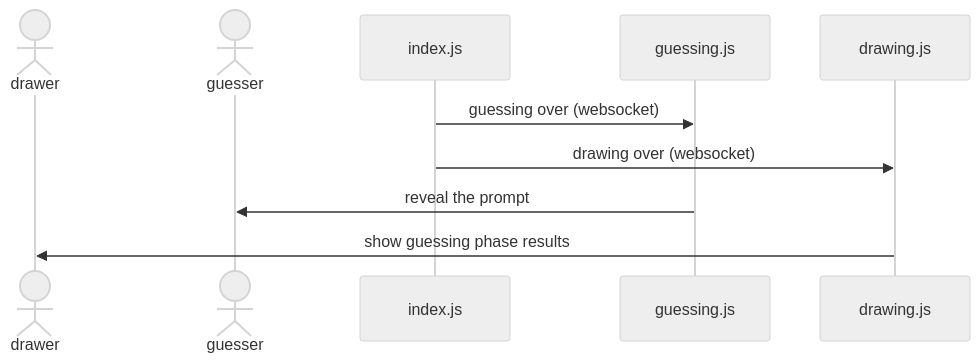
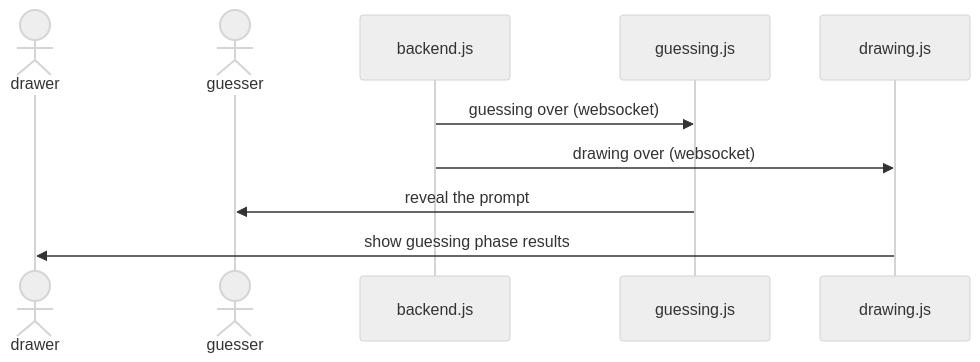
Before and after one commit to Capstone-Projects-2025-Spring/project-aac-game-team-a: diagram 11 of 13 in documentation/docs/system-architecture/design.md, drawn with Mermaid (neutral theme). The commit also changed other lines of this file, not shown here.

Commit message:
added necessary return arrows and explained diagram steps

````diff
--- a/documentation/docs/system-architecture/design.md
+++ b/documentation/docs/system-architecture/design.md
@@ -265,11 +271,11 @@
 ```mermaid
 sequenceDiagram
 
 actor drawer
 actor guesser
-index.js ->> guessing.js: guessing over (websocket)
-index.js ->> drawing.js: drawing over (websocket)
+backend.js ->> guessing.js: guessing over (websocket)
+backend.js ->> drawing.js: drawing over (websocket)
 guessing.js ->> guesser: reveal the prompt
 drawing.js ->> drawer: show guessing phase results
 
 ```
````
